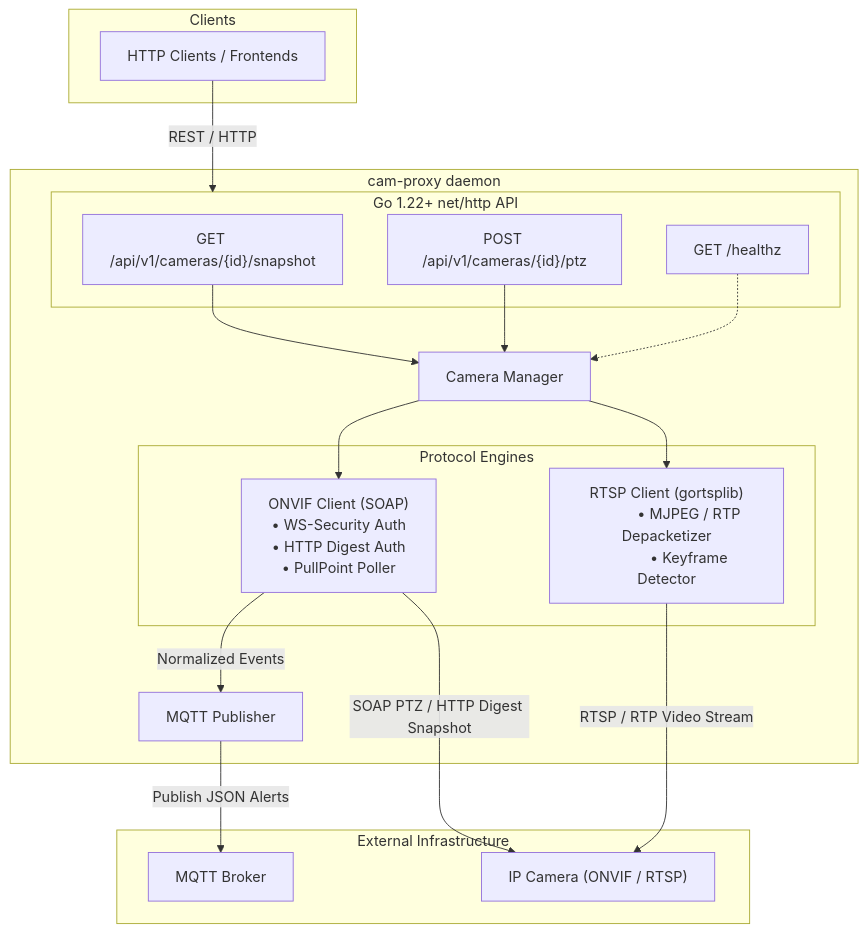
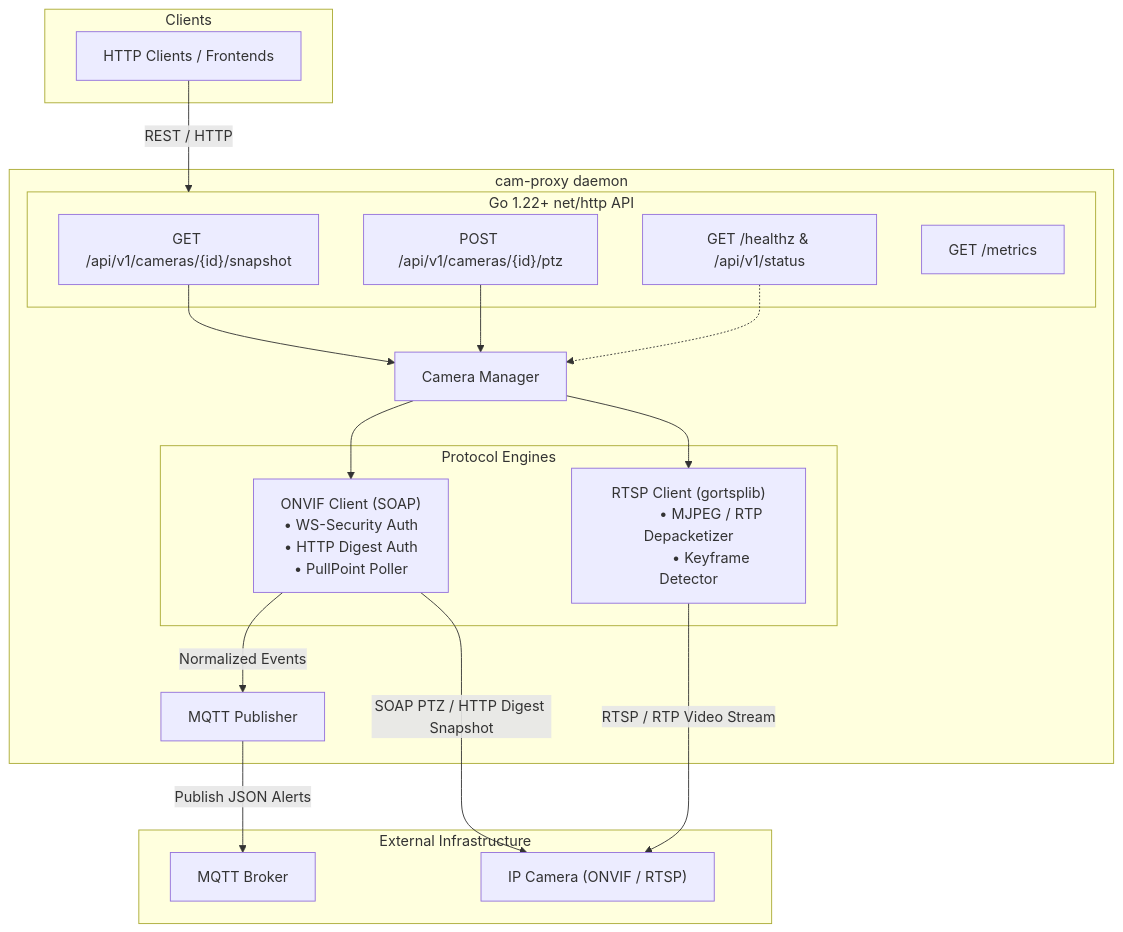
One commit to smford/cam-proxy changed the diagram in README.md. Above: the diagram before and after it, drawn with Mermaid. The commit also changed other lines of this file and 10 other files, not shown here.

````diff
--- a/README.md
+++ b/README.md
@@ -14,48 +14,49 @@
 ```mermaid
 flowchart TD
     subgraph Clients["Clients"]
         HTTPClients["HTTP Clients / Frontends"]
     end
 
     subgraph Daemon["cam-proxy daemon"]
         subgraph API["Go 1.22+ net/http API"]
             SnapshotEP["GET /api/v1/cameras/{id}/snapshot"]
             PTZEP["POST /api/v1/cameras/{id}/ptz"]
-            HealthzEP["GET /healthz"]
+            HealthzEP["GET /healthz & /api/v1/status"]
+            MetricsEP["GET /metrics"]
         end
 
         Manager["Camera Manager"]
 
         subgraph Protocols["Protocol Engines"]
             ONVIF["ONVIF Client (SOAP)
             • WS-Security Auth
             • HTTP Digest Auth
             • PullPoint Poller"]
 
             RTSP["RTSP Client (gortsplib)
             • MJPEG / RTP Depacketizer
             • Keyframe Detector"]
         end
 
         MQTTPub["MQTT Publisher"]
     end
 
     subgraph External["External Infrastructure"]
         Broker["MQTT Broker"]
         Camera["IP Camera (ONVIF / RTSP)"]
     end
 
     HTTPClients -->|REST / HTTP| API
     SnapshotEP --> Manager
     PTZEP --> Manager
     HealthzEP -.-> Manager
 
     Manager --> ONVIF
     Manager --> RTSP
 
     ONVIF -->|SOAP PTZ / HTTP Digest Snapshot| Camera
     RTSP -->|RTSP / RTP Video Stream| Camera
 
     ONVIF -->|Normalized Events| MQTTPub
     MQTTPub -->|Publish JSON Alerts| Broker
 ```
````
